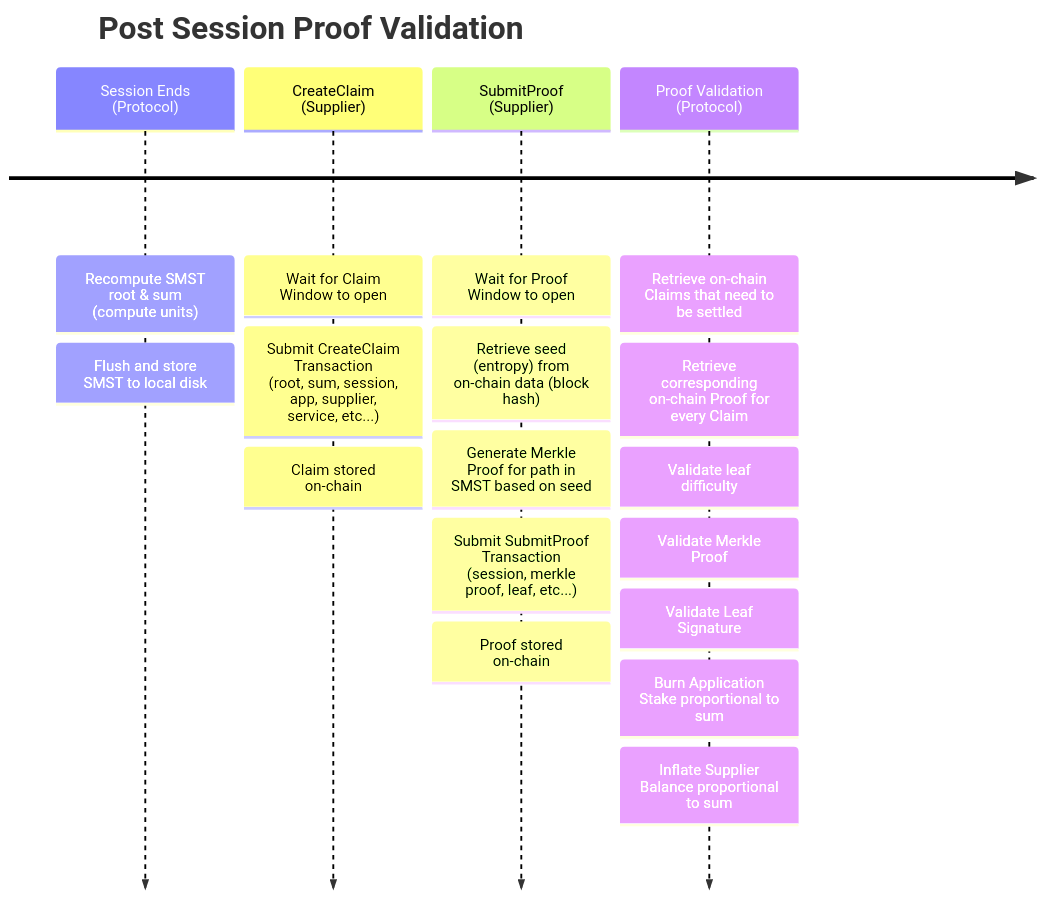
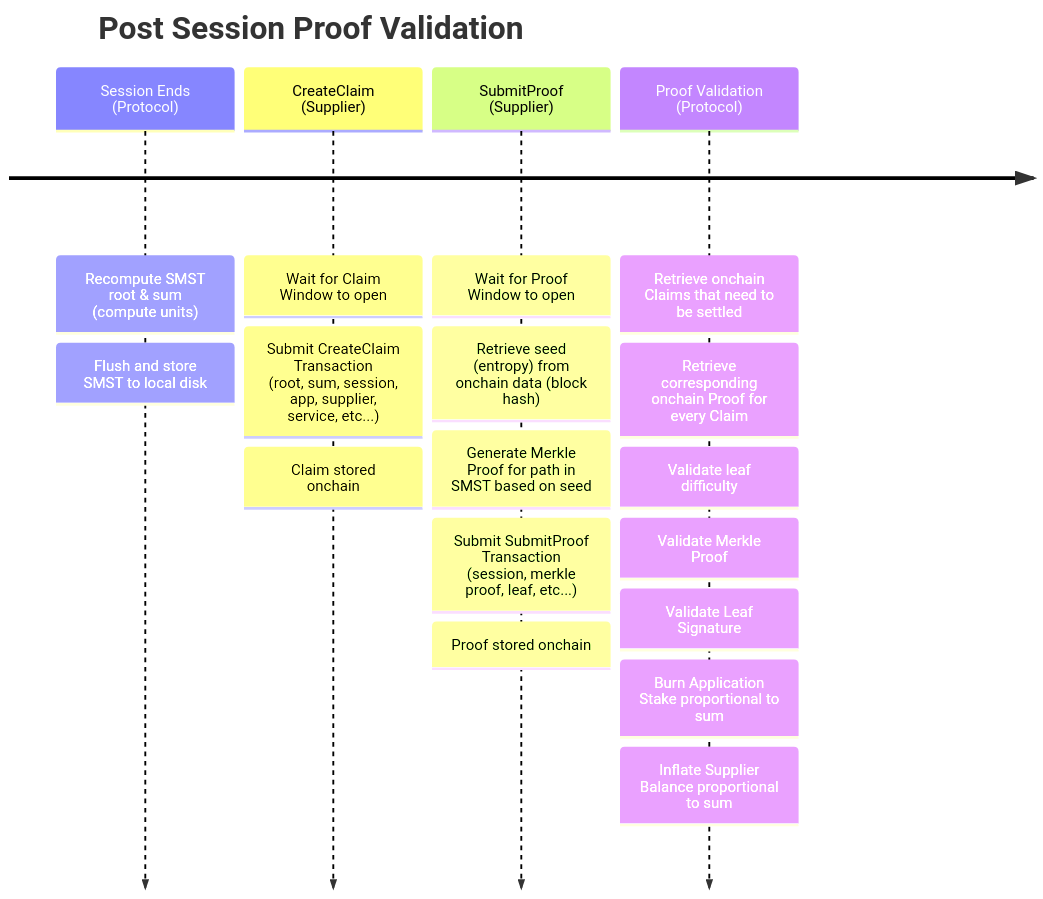
The third of 17 diagrams in docusaurus/docs/protocol/primitives/claim_and_proof_lifecycle.md (pokt-network/poktroll), drawn with Mermaid before and after one commit. The commit also changed other lines of this file and 152 other files, not shown here.

````diff
--- a/docusaurus/docs/protocol/primitives/claim_and_proof_lifecycle.md
+++ b/docusaurus/docs/protocol/primitives/claim_and_proof_lifecycle.md
@@ -170,25 +170,25 @@
 ```mermaid
 timeline
     title Post Session Proof Validation
     Session Ends <br> (Protocol)
         : Recompute SMST root & sum (compute units)
         : Flush and store SMST to local disk
     CreateClaim <br> (Supplier)
         : Wait for Claim Window to open
         : Submit CreateClaim Transaction <br>(root, sum, session, app, supplier, service, etc...)
-        : Claim stored on-chain
+        : Claim stored onchain
     SubmitProof <br> (Supplier)
         : Wait for Proof Window to open
-        : Retrieve seed (entropy) from on-chain data (block hash)
+        : Retrieve seed (entropy) from onchain data (block hash)
         : Generate Merkle Proof for path in SMST based on seed
         : Submit SubmitProof Transaction <br>(session, merkle proof, leaf, etc...)
-        : Proof stored on-chain
+        : Proof stored onchain
     Proof Validation <br> (Protocol)
-        : Retrieve on-chain Claims that need to be settled
-        : Retrieve corresponding on-chain Proof for every Claim
+        : Retrieve onchain Claims that need to be settled
+        : Retrieve corresponding onchain Proof for every Claim
         : Validate leaf difficulty
         : Validate Merkle Proof
         : Validate Leaf Signature
         : Burn Application Stake proportional to sum
         : Inflate Supplier Balance  proportional to sum
 ```
````
